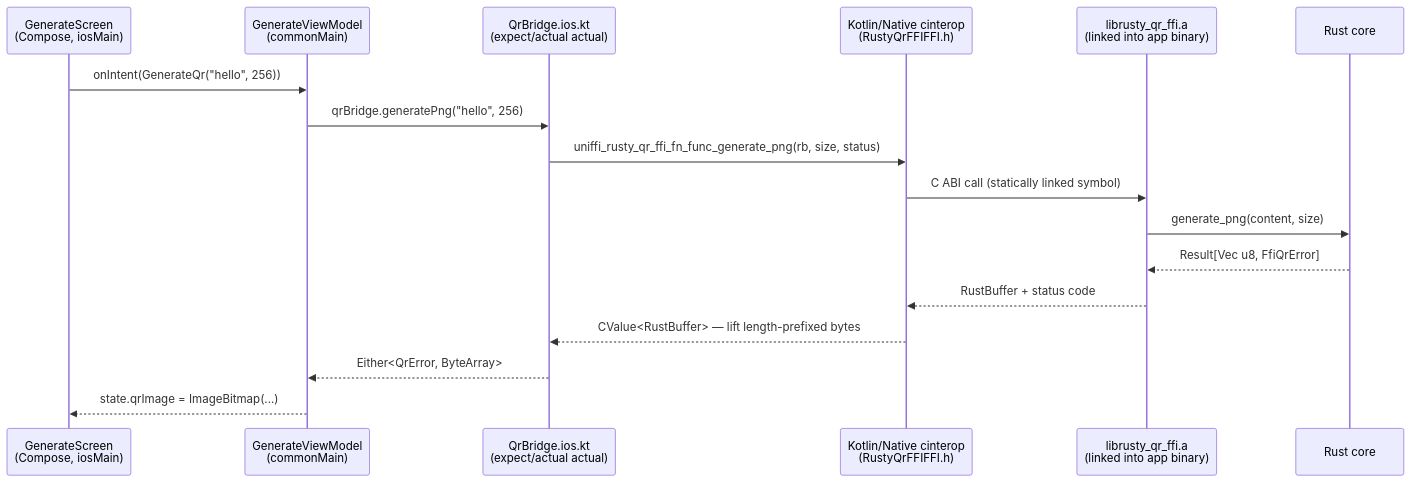
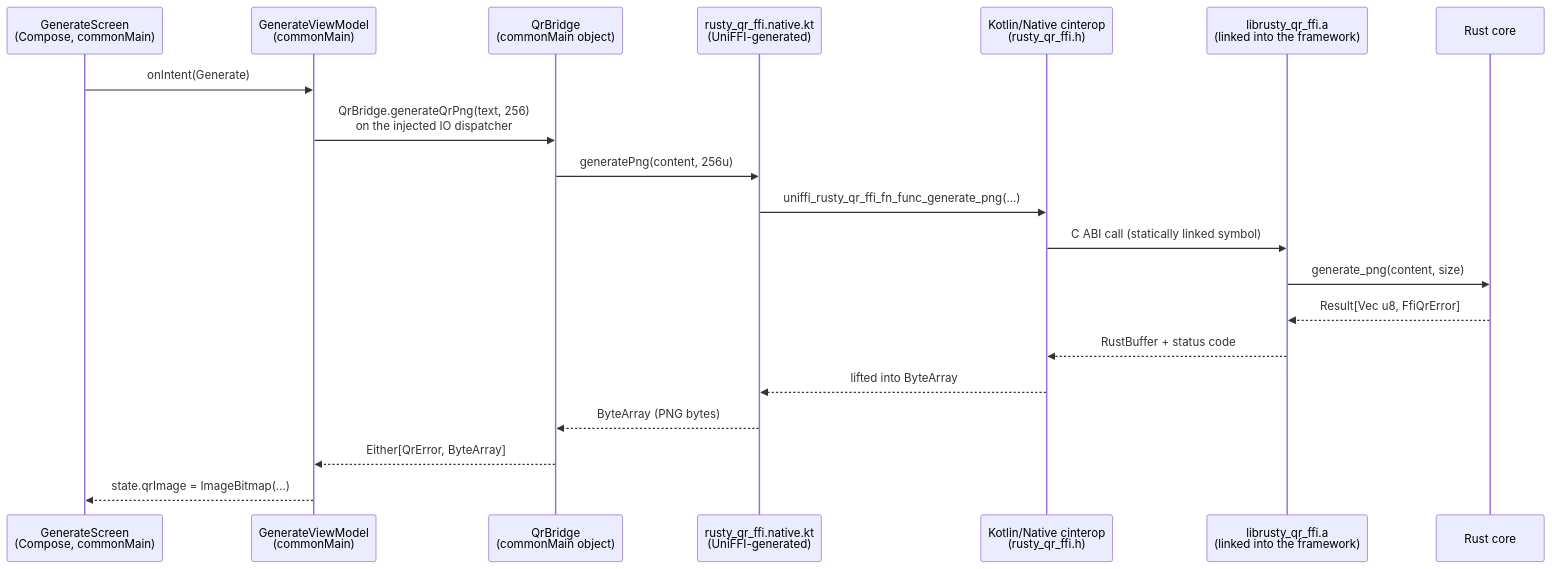
The seventh of 7 diagrams in docs/ARCHITECTURE.md (prasannajeet/RustyQR), drawn with Mermaid before and after one commit. The commit also changed other lines of this file and 6 other files, not shown here.

````diff
--- a/docs/ARCHITECTURE.md
+++ b/docs/ARCHITECTURE.md
@@ -425,20 +443,23 @@
 ```mermaid
 sequenceDiagram
-    participant UI as GenerateScreen<br/>(Compose, iosMain)
+    participant UI as GenerateScreen<br/>(Compose, commonMain)
     participant VM as GenerateViewModel<br/>(commonMain)
-    participant Bridge as QrBridge.ios.kt<br/>(expect/actual actual)
-    participant CI as Kotlin/Native cinterop<br/>(RustyQrFFIFFI.h)
-    participant A as librusty_qr_ffi.a<br/>(linked into app binary)
+    participant Bridge as QrBridge<br/>(commonMain object)
+    participant Gen as rusty_qr_ffi.native.kt<br/>(UniFFI-generated)
+    participant CI as Kotlin/Native cinterop<br/>(rusty_qr_ffi.h)
+    participant A as librusty_qr_ffi.a<br/>(linked into the framework)
     participant Rust as Rust core
 
-    UI->>VM: onIntent(GenerateQr("hello", 256))
-    VM->>Bridge: qrBridge.generatePng("hello", 256)
-    Bridge->>CI: uniffi_rusty_qr_ffi_fn_func_generate_png(rb, size, status)
+    UI->>VM: onIntent(Generate)
+    VM->>Bridge: QrBridge.generateQrPng(text, 256)<br/>on the injected IO dispatcher
+    Bridge->>Gen: generatePng(content, 256u)
+    Gen->>CI: uniffi_rusty_qr_ffi_fn_func_generate_png(...)
     CI->>A: C ABI call (statically linked symbol)
     A->>Rust: generate_png(content, size)
     Rust-->>A: Result[Vec u8, FfiQrError]
     A-->>CI: RustBuffer + status code
-    CI-->>Bridge: CValue<RustBuffer> — lift length-prefixed bytes
-    Bridge-->>VM: Either<QrError, ByteArray>
+    CI-->>Gen: lifted into ByteArray
+    Gen-->>Bridge: ByteArray (PNG bytes)
+    Bridge-->>VM: Either[QrError, ByteArray]
     VM-->>UI: state.qrImage = ImageBitmap(...)
 ```
````
